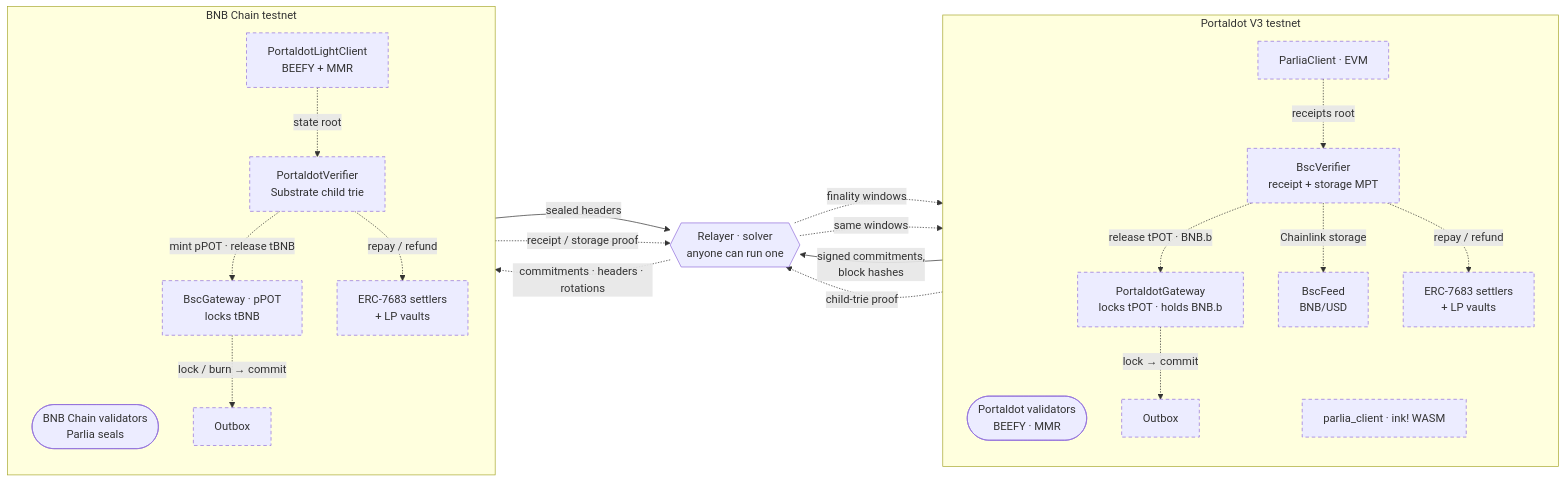
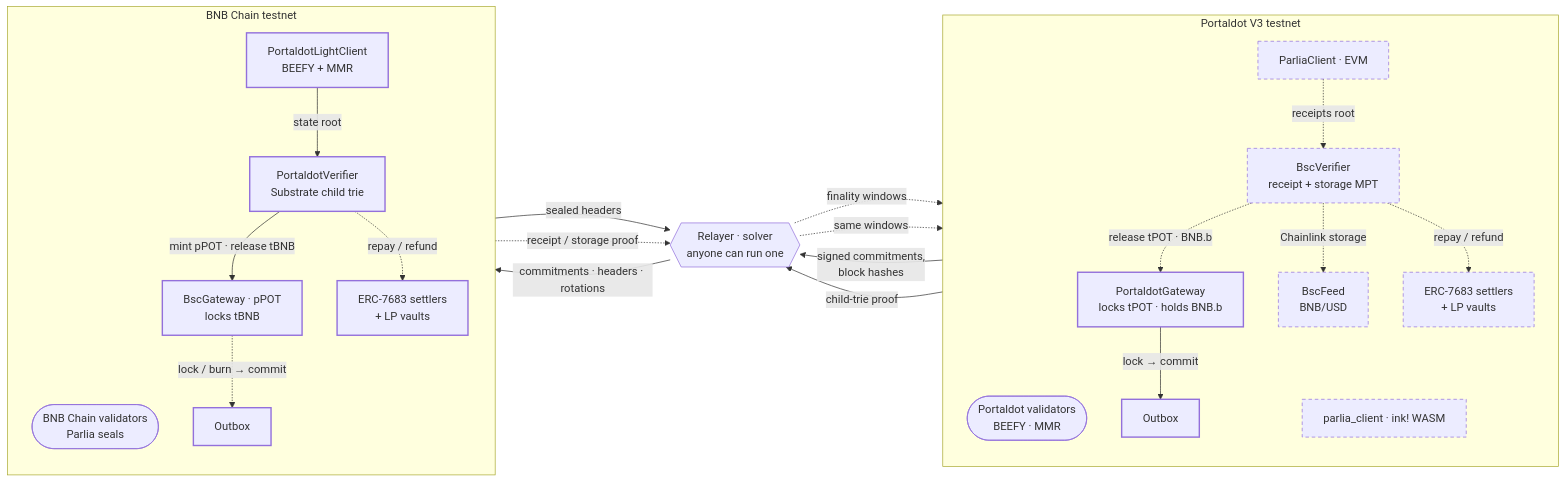
One commit to RaYYeR220/backhaul changed the diagram in README.md. Above: the diagram before and after it, drawn with Mermaid. The commit also changed other lines of this file and 9 other files, not shown here.

Commit message:
First proven transfer Portaldot to BNB Chain, attack lab against the live contracts

````diff
--- a/README.md
+++ b/README.md
@@ -38,42 +38,42 @@
 ```mermaid
 flowchart LR
   subgraph PD["Portaldot V3 testnet"]
     direction TB
     PVAL(["Portaldot validators<br/>BEEFY · MMR"])
-    PGW["PortaldotGateway<br/>locks tPOT · holds BNB.b"]:::pending
-    POB["Outbox"]:::pending
+    PGW["PortaldotGateway<br/>locks tPOT · holds BNB.b"]:::live
+    POB["Outbox"]:::live
     PLC["ParliaClient · EVM"]:::pending
     PINK["parlia_client · ink! WASM"]:::pending
     PVF["BscVerifier<br/>receipt + storage MPT"]:::pending
     PFD["BscFeed<br/>BNB/USD"]:::pending
     PSET["ERC-7683 settlers<br/>+ LP vaults"]:::pending
   end
   subgraph BN["BNB Chain testnet"]
     direction TB
     BVAL(["BNB Chain validators<br/>Parlia seals"])
-    BGW["BscGateway · pPOT<br/>locks tBNB"]:::pending
-    BOB["Outbox"]:::pending
-    BLC["PortaldotLightClient<br/>BEEFY + MMR"]:::pending
-    BVF["PortaldotVerifier<br/>Substrate child trie"]:::pending
-    BSET["ERC-7683 settlers<br/>+ LP vaults"]:::pending
+    BGW["BscGateway · pPOT<br/>locks tBNB"]:::live
+    BOB["Outbox"]:::live
+    BLC["PortaldotLightClient<br/>BEEFY + MMR"]:::live
+    BVF["PortaldotVerifier<br/>Substrate child trie"]:::live
+    BSET["ERC-7683 settlers<br/>+ LP vaults"]:::live
   end
   RL{{"Relayer · solver<br/>anyone can run one"}}
   PVAL -->|"signed commitments,<br/>block hashes"| RL
   BVAL -->|"sealed headers"| RL
-  POB -.->|"child-trie proof"| RL
+  POB -->|"child-trie proof"| RL
   BOB -.->|"receipt / storage proof"| RL
-  RL -.->|"commitments · headers · rotations"| BLC
+  RL -->|"commitments · headers · rotations"| BLC
   RL -.->|"finality windows"| PLC
   RL -.->|"same windows"| PINK
-  PGW -.->|"lock → commit"| POB
+  PGW -->|"lock → commit"| POB
   BGW -.->|"lock / burn → commit"| BOB
-  BLC -.->|"state root"| BVF
-  BVF -.->|"mint pPOT · release tBNB"| BGW
+  BLC -->|"state root"| BVF
+  BVF -->|"mint pPOT · release tBNB"| BGW
   PLC -.->|"receipts root"| PVF
   PVF -.->|"release tPOT · BNB.b"| PGW
   PVF -.->|"Chainlink storage"| PFD
   PVF -.->|"repay / refund"| PSET
   BVF -.->|"repay / refund"| BSET
   classDef live stroke-width:2px
   classDef pending stroke-dasharray: 5 4
 ```
````
